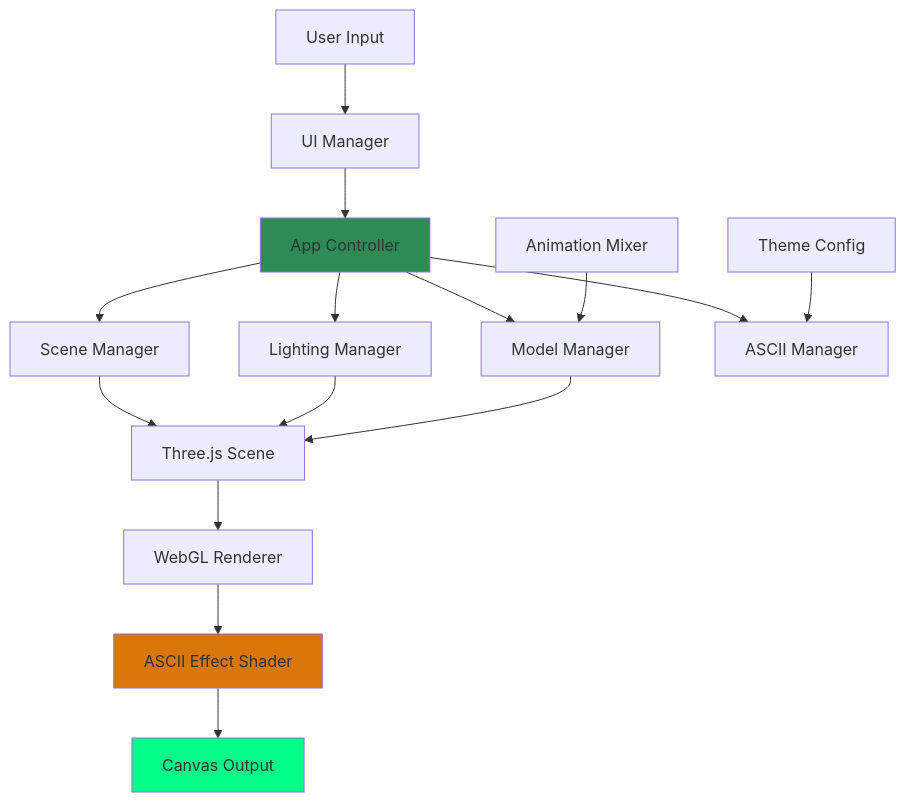
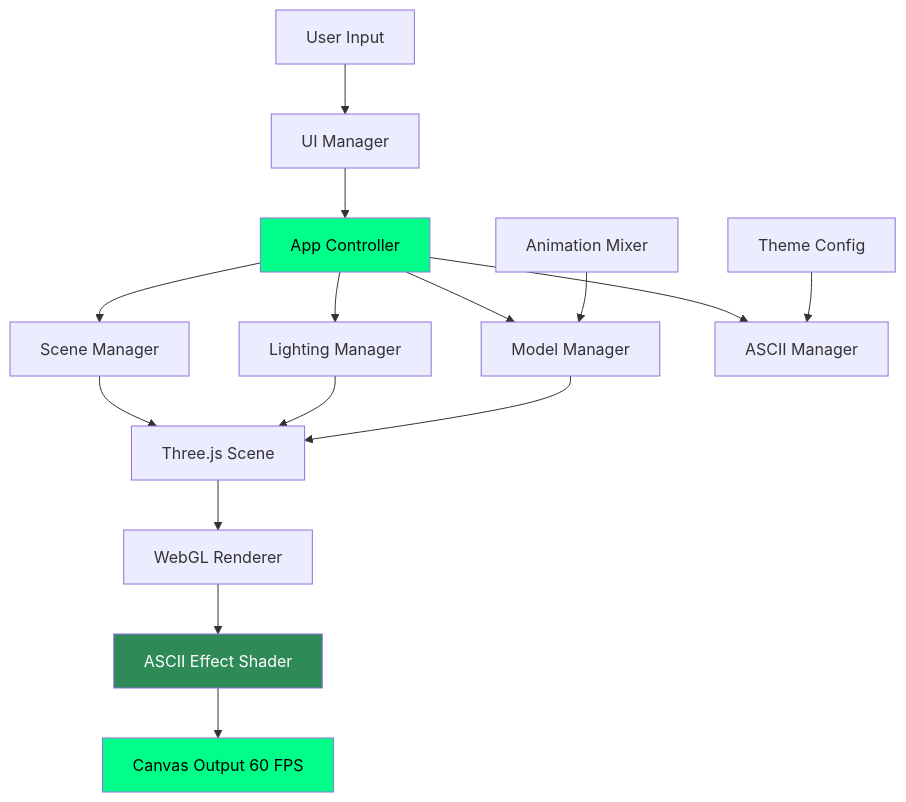
Before and after one commit to Zacsluss/ascii_3d_animator: the first of 2 diagrams in README.md, drawn with Mermaid. The commit also changed other lines of this file, not shown here.

````diff
--- a/README.md
+++ b/README.md
@@ -398,24 +249,24 @@
 ```mermaid
 graph TB
     A[User Input] --> B[UI Manager]
     B --> C[App Controller]
     C --> D[Scene Manager]
     C --> E[Lighting Manager]
     C --> F[Model Manager]
     C --> G[ASCII Manager]
 
     D --> H[Three.js Scene]
     E --> H
     F --> H
 
     H --> I[WebGL Renderer]
     I --> J[ASCII Effect Shader]
-    J --> K[Canvas Output]
+    J --> K[Canvas Output 60 FPS]
 
     L[Theme Config] --> G
     M[Animation Mixer] --> F
 
-    style C fill:#2e8b57
-    style J fill:#d97706
-    style K fill:#00ff88
+    style C fill:#00ff88,color:#000
+    style J fill:#2e8b57,color:#fff
+    style K fill:#00ff88,color:#000
 ```
````
